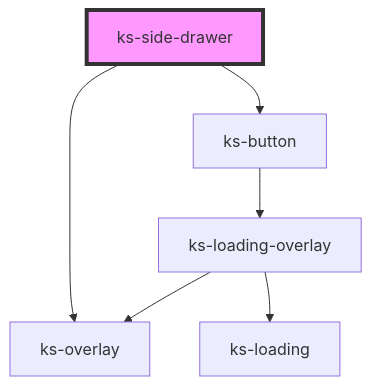
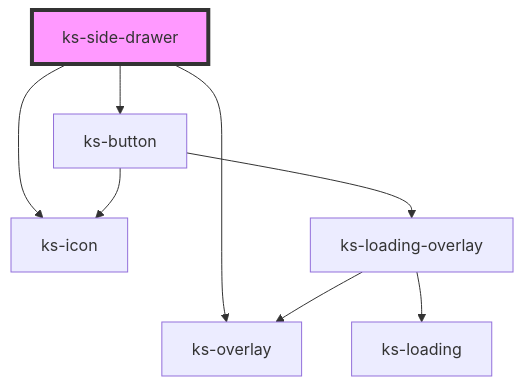
One commit to kickstand-ui/kickstand-ui changed the diagram in src/scripts/components/side-drawer/readme.md. Above: the diagram before and after it, drawn with Mermaid. The commit also changed other lines of this file and 19 other files, not shown here.

````diff
--- a/src/scripts/components/side-drawer/readme.md
+++ b/src/scripts/components/side-drawer/readme.md
@@ -49,9 +50,11 @@
 ```mermaid
 graph TD;
   ks-side-drawer --> ks-overlay
   ks-side-drawer --> ks-button
+  ks-side-drawer --> ks-icon
+  ks-button --> ks-icon
   ks-button --> ks-loading-overlay
   ks-loading-overlay --> ks-overlay
   ks-loading-overlay --> ks-loading
   style ks-side-drawer fill:#f9f,stroke:#333,stroke-width:4px
 ```
````
